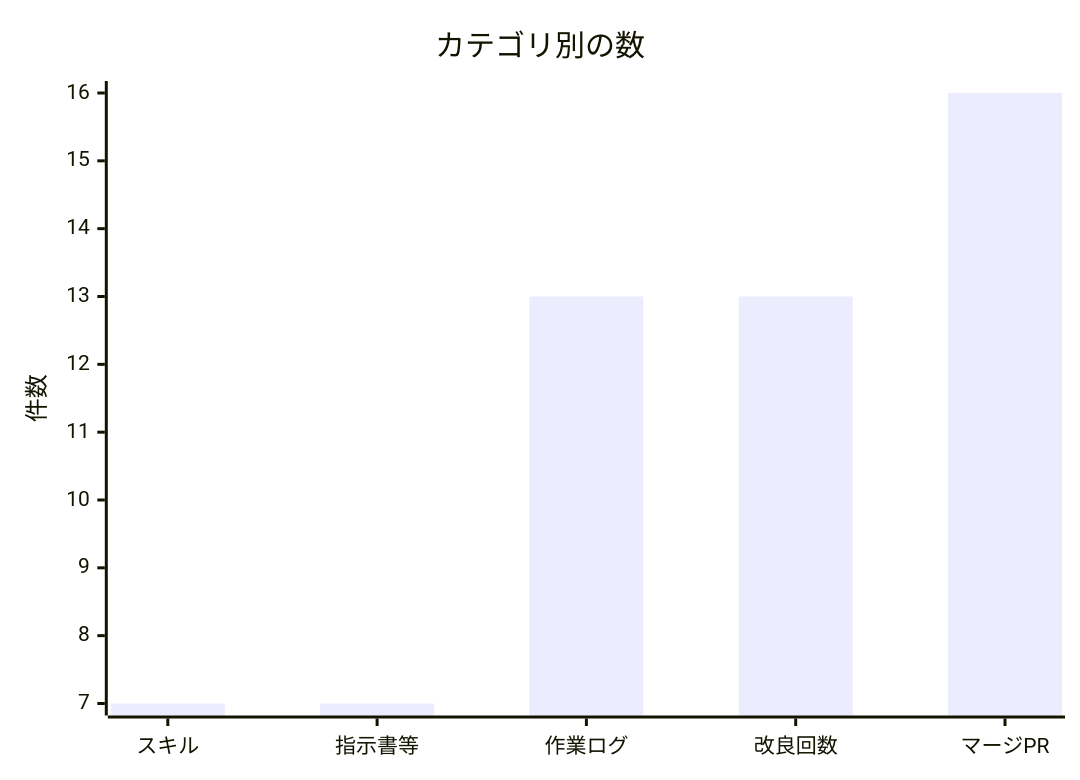
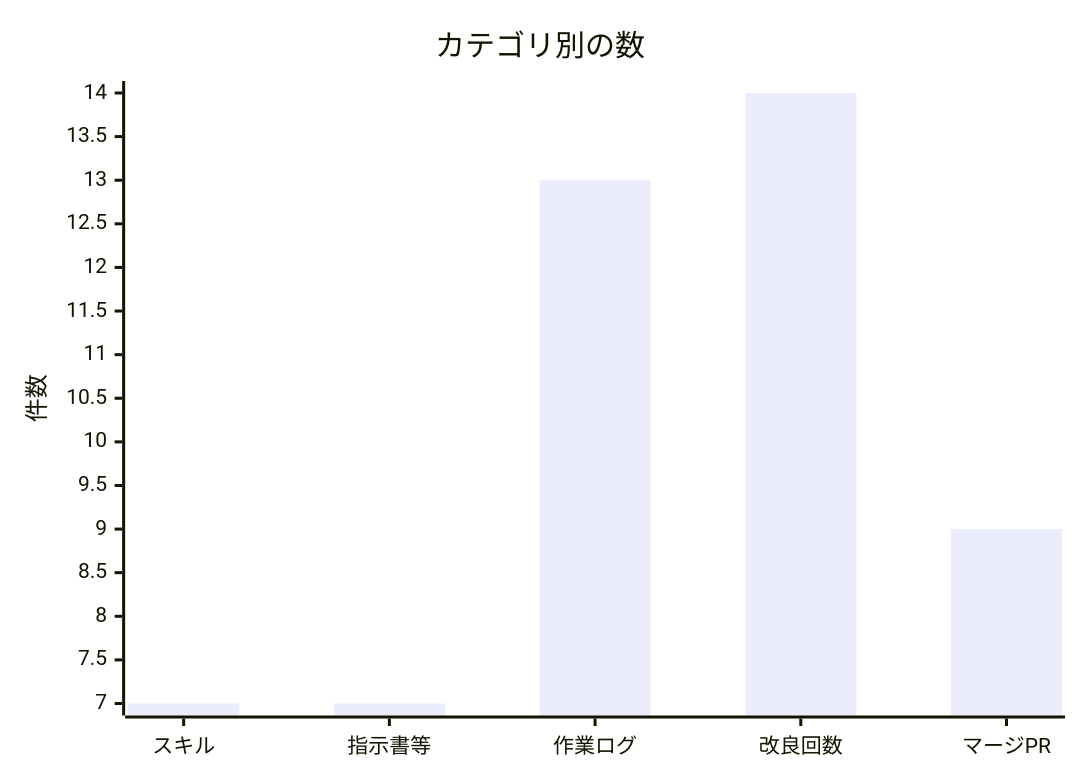
The second of 2 diagrams in docs/進化レポート.md (non-x2/non-x2), drawn with Mermaid before and after one commit. The commit also changed other lines of this file and 2 other files, not shown here.

````diff
--- a/docs/進化レポート.md
+++ b/docs/進化レポート.md
@@ -35,7 +35,7 @@
 ```mermaid
 xychart-beta
     title "カテゴリ別の数"
     x-axis ["スキル", "指示書等", "作業ログ", "改良回数", "マージPR"]
     y-axis "件数"
-    bar [7, 7, 13, 13, 16]
+    bar [7, 7, 13, 14, 9]
 ```
````
